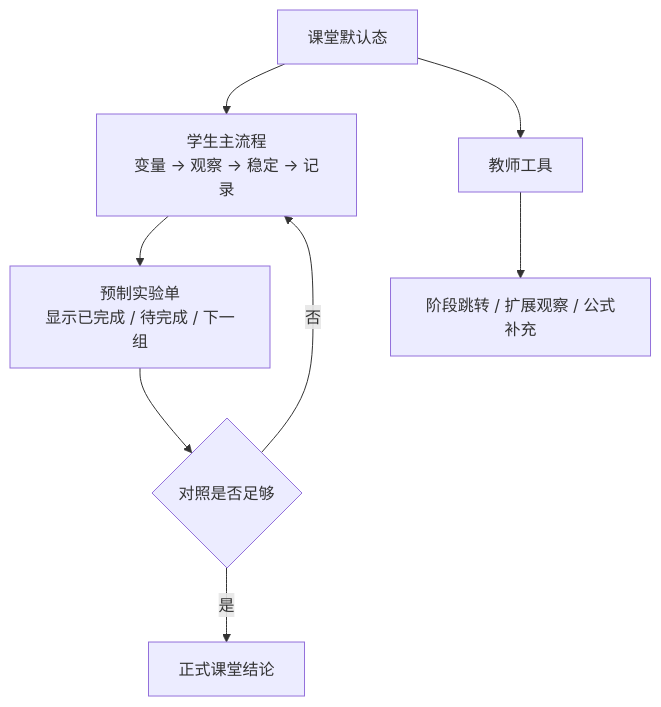
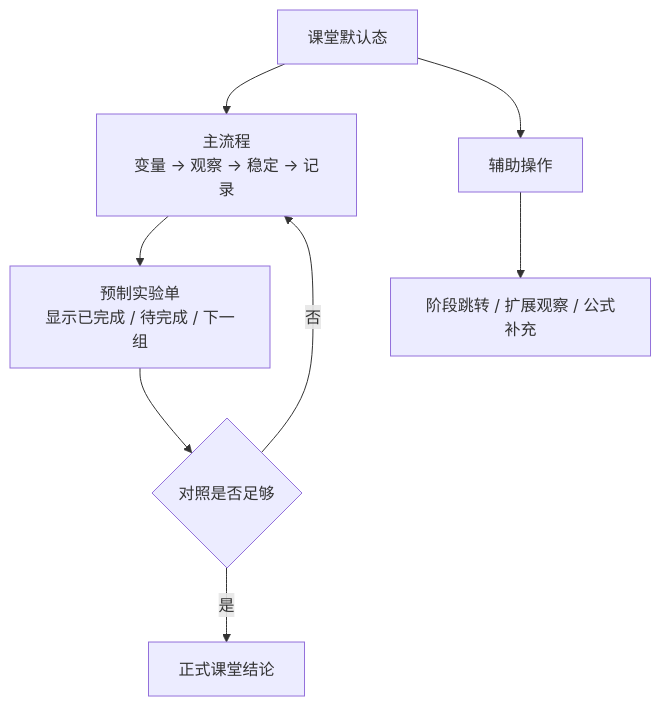
One commit to ZhcChen/easy-teaching changed the diagram in docs/plans/2026-07-24-003-refactor-sliding-friction-teaching-pass-plan.md. Above: the diagram before and after it, drawn with Mermaid. The commit also changed other lines of this file and 5 other files, not shown here.

Commit message:
refactor(web-app): separate friction main and auxiliary flows

````diff
--- a/docs/plans/2026-07-24-003-refactor-sliding-friction-teaching-pass-plan.md
+++ b/docs/plans/2026-07-24-003-refactor-sliding-friction-teaching-pass-plan.md
@@ -120,10 +120,10 @@
 ```mermaid
 flowchart TB
-  A[课堂默认态] --> B[学生主流程<br/>变量 -> 观察 -> 稳定 -> 记录]
+  A[课堂默认态] --> B[主流程<br/>变量 -> 观察 -> 稳定 -> 记录]
   B --> C[预制实验单<br/>显示已完成 / 待完成 / 下一组]
   C --> D{对照是否足够}
   D -- 否 --> B
   D -- 是 --> E[正式课堂结论]
-  A --> F[教师工具]
+  A --> F[辅助操作]
   F --> G[阶段跳转 / 扩展观察 / 公式补充]
 ```
````
